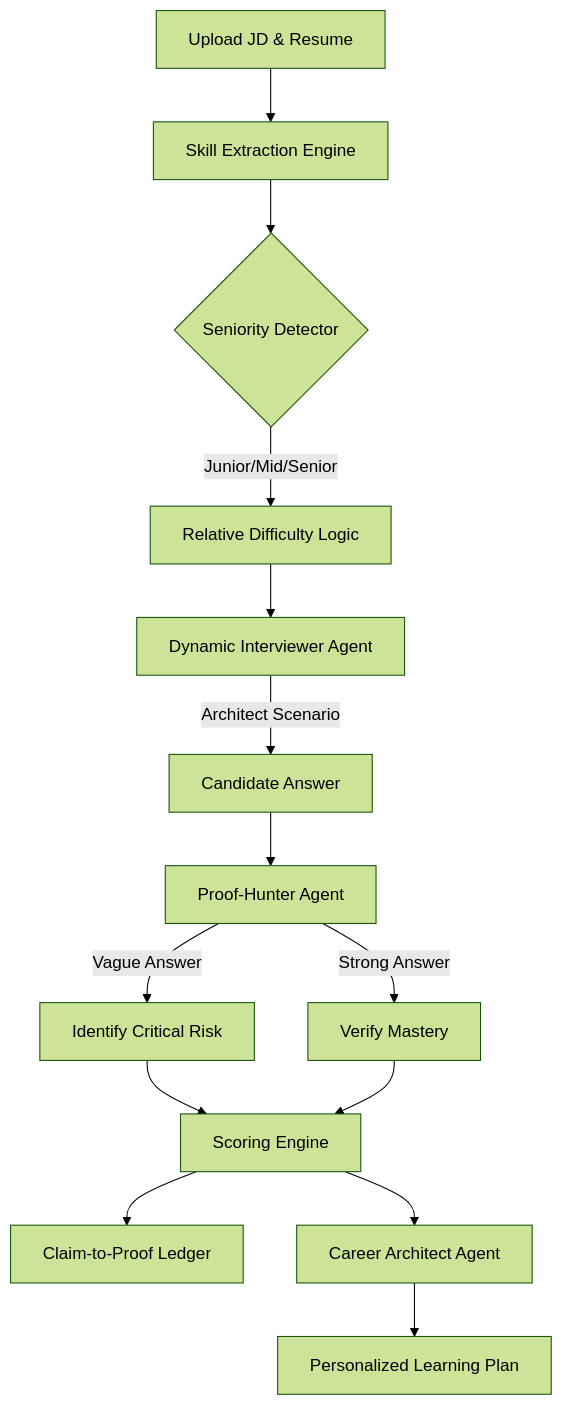
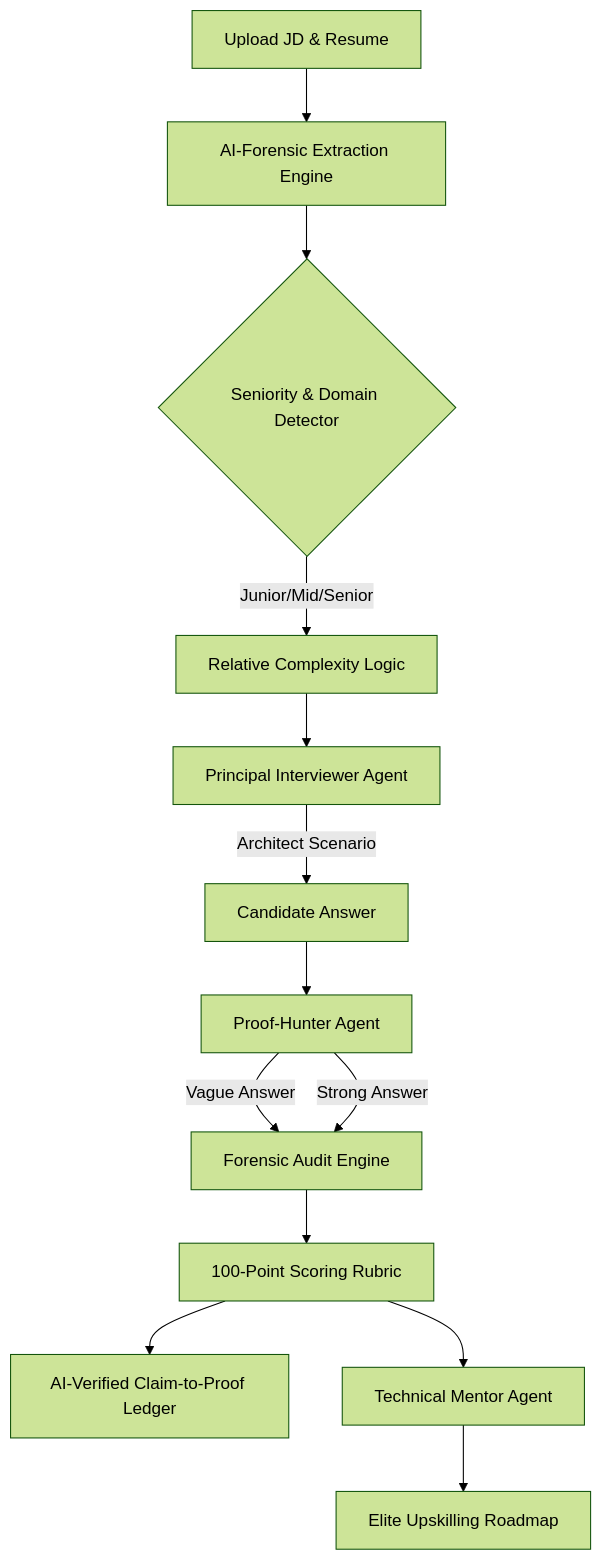
Before and after one commit to Sehaj64/catalyst-talent-agent: the diagram in README.md, drawn with Mermaid (forest theme). The commit also changed other lines of this file and 3 other files, not shown here.

Commit message:
ULTIMATE UPGRADE: Forensic AI Extraction, Structured Gap Analysis, and AI-Audited Ledger for God-Tier Reliability.

````diff
--- a/README.md
+++ b/README.md
@@ -17,16 +17,15 @@
 ```mermaid
 graph TD;
-    A[Upload JD & Resume] --> B[Skill Extraction Engine]
-    B --> C{Seniority Detector}
-    C -->|Junior/Mid/Senior| D[Relative Difficulty Logic]
-    D --> E[Dynamic Interviewer Agent]
+    A[Upload JD & Resume] --> B[AI-Forensic Extraction Engine]
+    B --> C{Seniority & Domain Detector}
+    C -->|Junior/Mid/Senior| D[Relative Complexity Logic]
+    D --> E[Principal Interviewer Agent]
     E -->|Architect Scenario| F[Candidate Answer]
     F --> G[Proof-Hunter Agent]
-    G -->|Vague Answer| H[Identify Critical Risk]
-    G -->|Strong Answer| I[Verify Mastery]
-    H --> J[Scoring Engine]
-    I --> J
-    J --> K[Claim-to-Proof Ledger]
-    J --> L[Career Architect Agent]
-    L --> M[Personalized Learning Plan]
+    G -->|Vague Answer| H[Forensic Audit Engine]
+    G -->|Strong Answer| H
+    H --> I[100-Point Scoring Rubric]
+    I --> J[AI-Verified Claim-to-Proof Ledger]
+    I --> K[Technical Mentor Agent]
+    K --> L[Elite Upskilling Roadmap]
 ```
````
